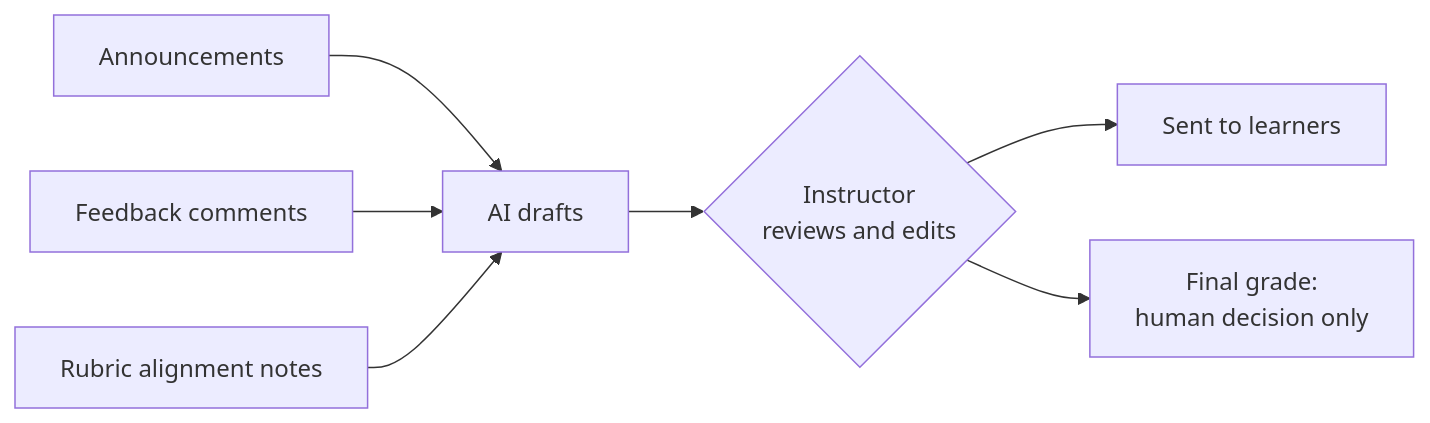
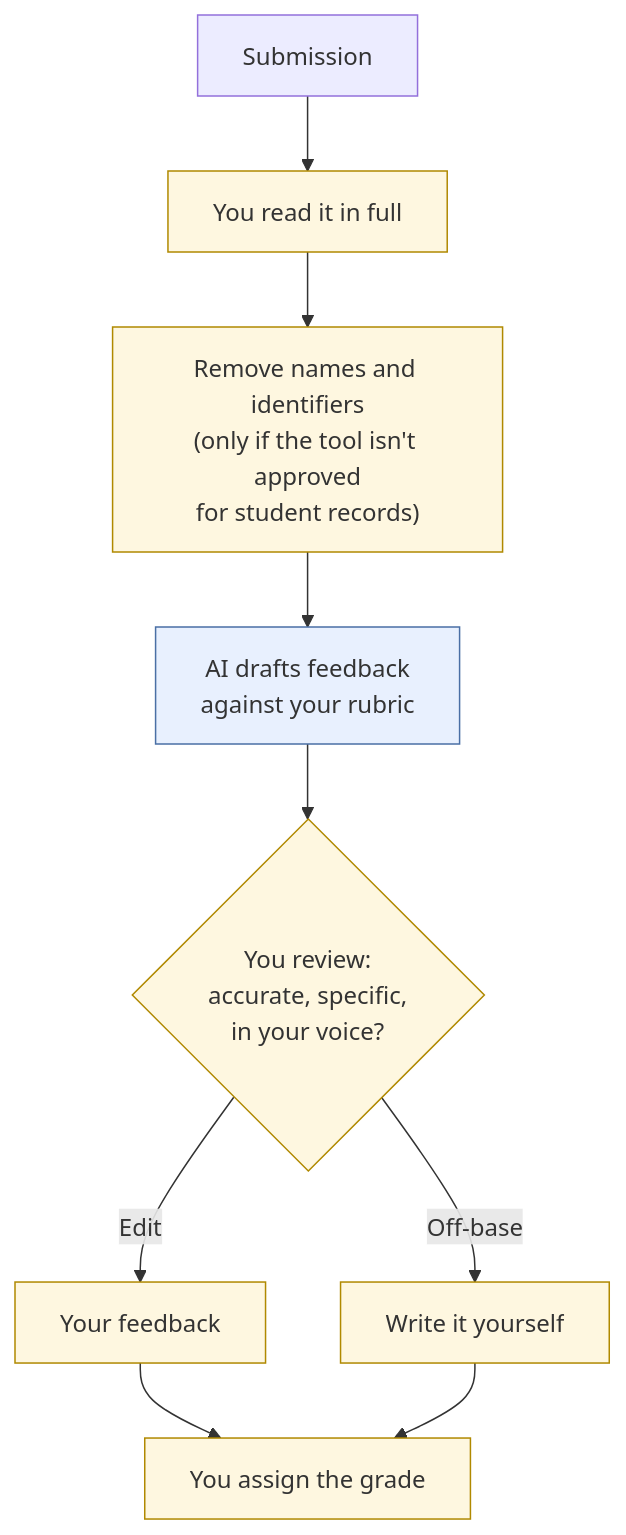
One commit to clarkngo/applied-ai-field-guide changed the second of 3 diagrams in docs/educators/course-operations.md. Above: the diagram before and after it, drawn with Mermaid. The commit also changed other lines of this file and 4 other files, not shown here.

````diff
--- a/docs/educators/course-operations.md
+++ b/docs/educators/course-operations.md
@@ -34,9 +70,15 @@
 ```mermaid
-flowchart LR
-  A["Announcements"] --> AI["AI drafts"]
-  B["Feedback comments"] --> AI
-  C["Rubric alignment notes"] --> AI
-  AI --> H{"Instructor<br/>reviews and edits"}
-  H --> O1["Sent to learners"]
-  H --> G["Final grade:<br/>human decision only"]
+flowchart TD
+  A["Submission"] --> B["You read it in full"]
+  B --> C["Remove names and identifiers<br/>(only if the tool isn't approved<br/>for student records)"]
+  C --> D["AI drafts feedback<br/>against your rubric"]
+  D --> E{"You review:<br/>accurate, specific,<br/>in your voice?"}
+  E -->|"Edit"| F["Your feedback"]
+  E -->|"Off-base"| G["Write it yourself"]
+  F --> H["You assign the grade"]
+  G --> H
+  classDef human fill:#fef7e0,stroke:#b08900;
+  classDef ai fill:#e8f0fe,stroke:#4a6fa5;
+  class B,C,E,F,G,H human;
+  class D ai;
 ```
````
